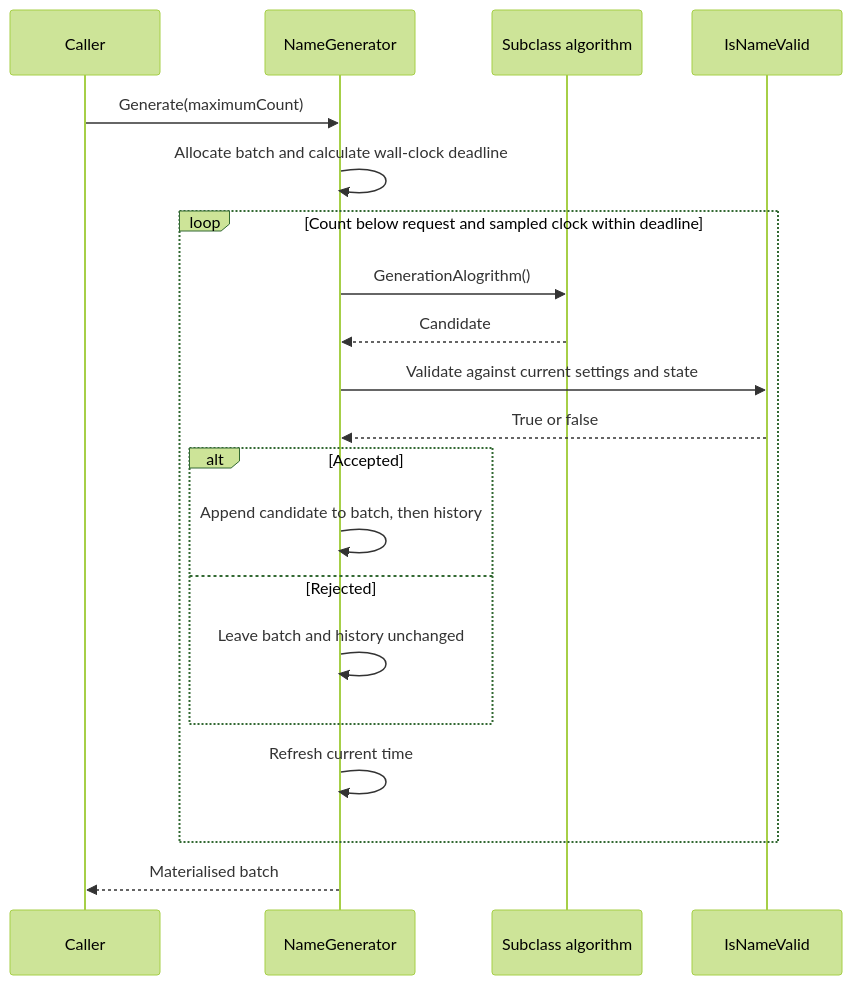
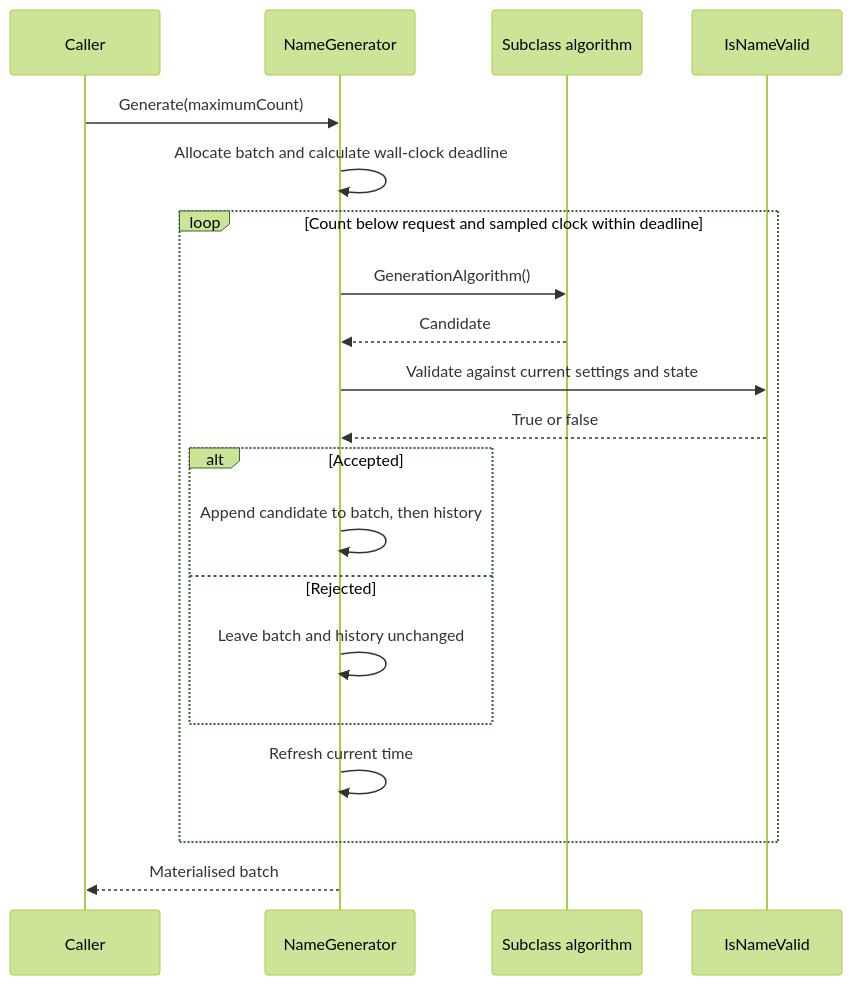
The diagram in docs/flows/generation.md (hmlendea/nucigenerators.text), drawn with Mermaid (forest theme) before and after one commit. The commit also changed 14 other files, not shown here.

````diff
--- a/docs/flows/generation.md
+++ b/docs/flows/generation.md
@@ -7,22 +7,22 @@
 ```mermaid
 sequenceDiagram
   participant Caller
   participant Base as NameGenerator
   participant Algorithm as Subclass algorithm
   participant Rules as IsNameValid
   Caller->>Base: Generate(maximumCount)
   Base->>Base: Allocate batch and calculate wall-clock deadline
   loop Count below request and sampled clock within deadline
-    Base->>Algorithm: GenerationAlogrithm()
+    Base->>Algorithm: GenerationAlgorithm()
     Algorithm-->>Base: Candidate
     Base->>Rules: Validate against current settings and state
     Rules-->>Base: True or false
     alt Accepted
       Base->>Base: Append candidate to batch, then history
     else Rejected
       Base->>Base: Leave batch and history unchanged
     end
     Base->>Base: Refresh current time
   end
   Base-->>Caller: Materialised batch
 ```
````
